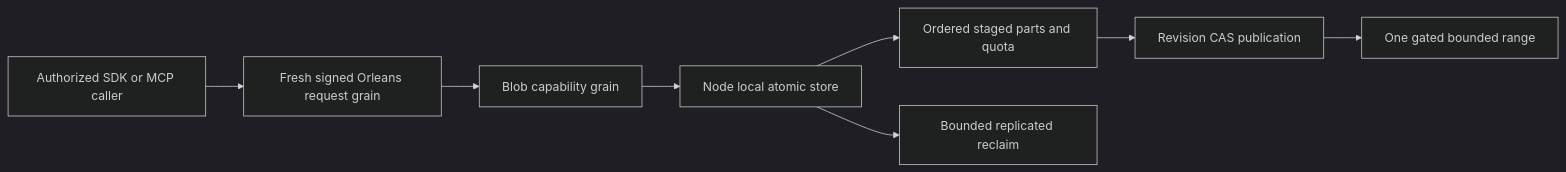
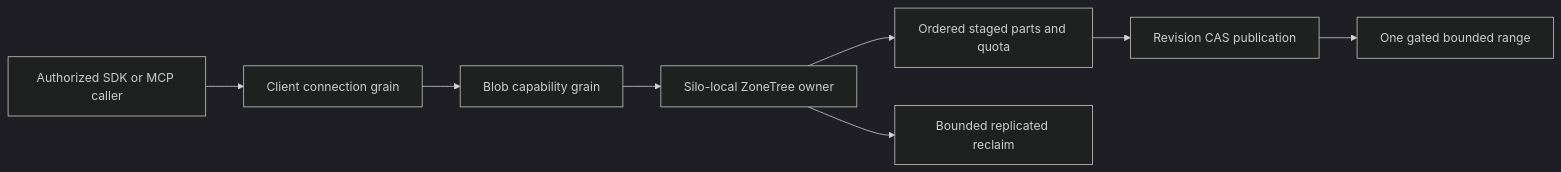
Before and after one commit to managedcode/KeyLoad: the diagram in docs/Features/BlobStorage.md, drawn with Mermaid (dark theme). The commit also changed other lines of this file and 7356 other files, not shown here.

````diff
--- a/docs/Features/BlobStorage.md
+++ b/docs/Features/BlobStorage.md
@@ -46,10 +27,10 @@
 ```mermaid
 flowchart LR
-    Actor[Authorized SDK or MCP caller] --> Request[Fresh signed Orleans request grain]
-    Request --> Capability[Blob capability grain]
-    Capability --> Host[Node local atomic store]
-    Host --> Parts[Ordered staged parts and quota]
-    Parts --> Publish[Revision CAS publication]
-    Publish --> Range[One gated bounded range]
-    Host --> Reclaim[Bounded replicated reclaim]
+ Actor[Authorized SDK or MCP caller] --> Request[Client connection grain]
+ Request --> Capability[Blob capability grain]
+ Capability --> Host[Silo-local ZoneTree owner]
+ Host --> Parts[Ordered staged parts and quota]
+ Parts --> Publish[Revision CAS publication]
+ Publish --> Range[One gated bounded range]
+ Host --> Reclaim[Bounded replicated reclaim]
 ```
````
